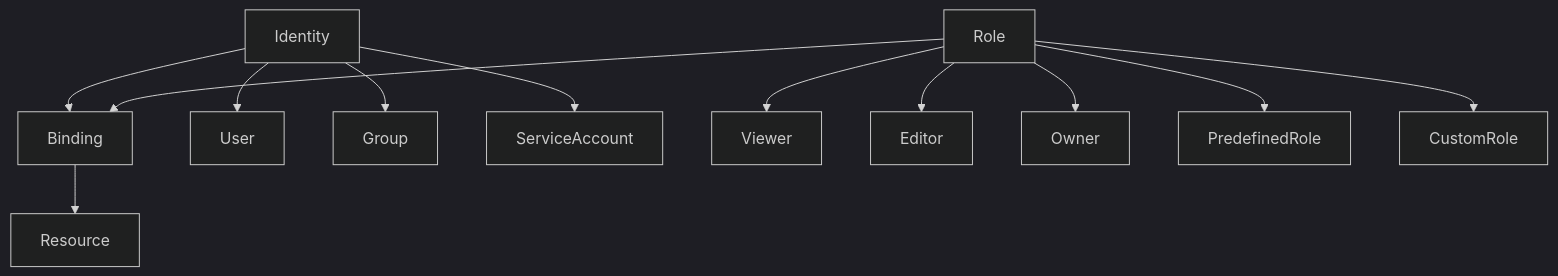
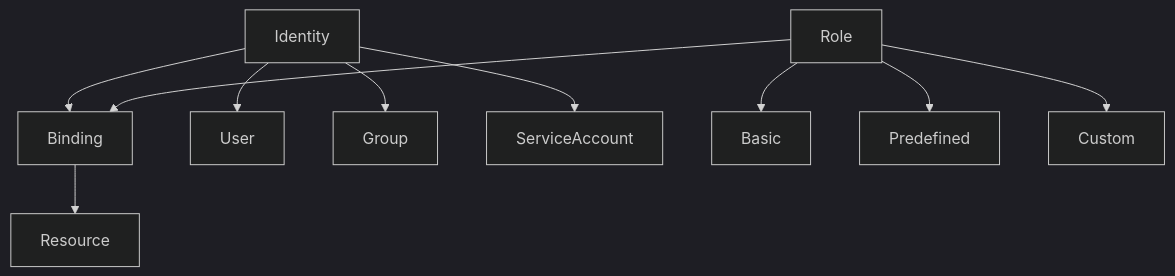
Before and after one commit to conti0513/development_public: the first of 10 diagrams in 06_LAB/01_GCP_ACE_HACK/sessions_ver262/01_iam.md, drawn with Mermaid (dark theme). The commit also changed other lines of this file and 22 other files, not shown here.

````diff
--- a/06_LAB/01_GCP_ACE_HACK/sessions_ver262/01_iam.md
+++ b/06_LAB/01_GCP_ACE_HACK/sessions_ver262/01_iam.md
@@ -15,17 +15,14 @@
 ```mermaid
 graph TD
-
 Identity --> Binding
 Role --> Binding
 Binding --> Resource
 
 Identity --> User
 Identity --> Group
 Identity --> ServiceAccount
 
-Role --> Viewer
-Role --> Editor
-Role --> Owner
-Role --> PredefinedRole
-Role --> CustomRole
+Role --> Basic
+Role --> Predefined
+Role --> Custom
 ```
````
